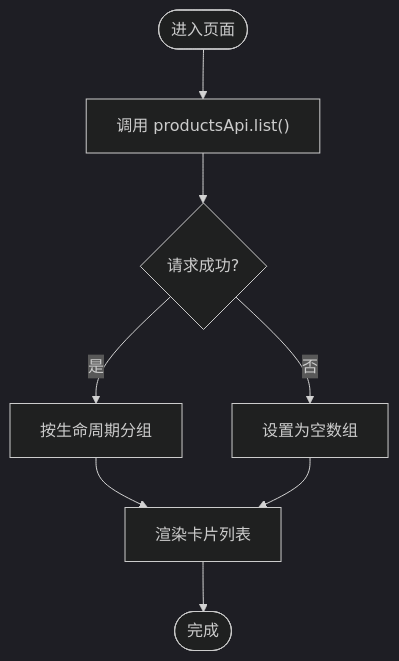
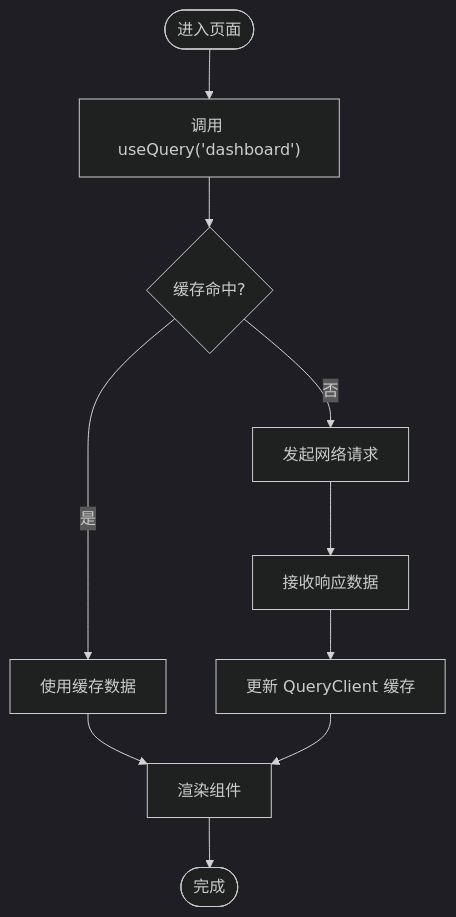
The seventh of 8 diagrams in .qoder/repowiki/zh/content/前端应用架构/状态管理.md (angledick/-), drawn with Mermaid (dark theme) before and after one commit. The commit also changed other lines of this file and 770 other files, not shown here.

````diff
--- a/.qoder/repowiki/zh/content/前端应用架构/状态管理.md
+++ b/.qoder/repowiki/zh/content/前端应用架构/状态管理.md
@@ -193,10 +294,12 @@
 ```mermaid
 flowchart TD
-Start(["进入页面"]) --> Load["调用 productsApi.list()"]
-Load --> Resp{"请求成功?"}
-Resp --> |是| Group["按生命周期分组"]
-Resp --> |否| Empty["设置为空数组"]
-Group --> Render["渲染卡片列表"]
-Empty --> Render
+Start(["进入页面"]) --> Query["调用 useQuery('dashboard')"]
+Query --> CacheCheck{"缓存命中?"}
+CacheCheck --> |是| CachedData["使用缓存数据"]
+CacheCheck --> |否| Network["发起网络请求"]
+Network --> ApiResponse["接收响应数据"]
+ApiResponse --> UpdateCache["更新 QueryClient 缓存"]
+CachedData --> Render["渲染组件"]
+UpdateCache --> Render
 Render --> End(["完成"])
 ```
````
